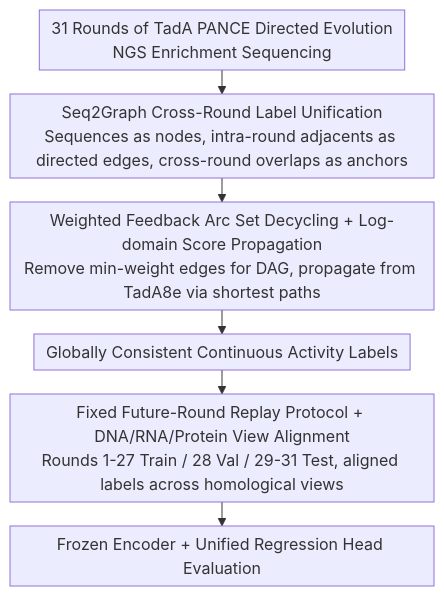
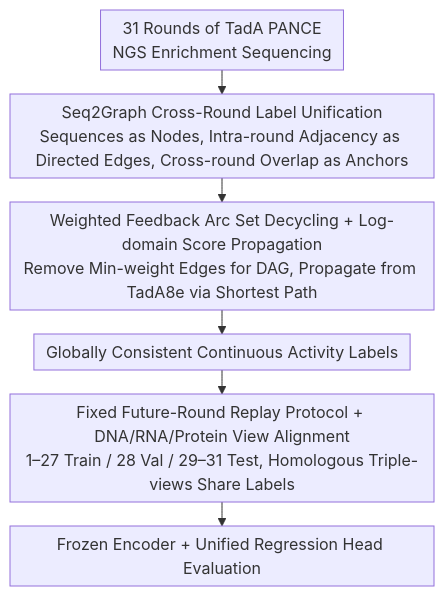
One commit to zhaoyang97/Paper-Notes-en changed the diagram in docs/ICML2026/computational_biology/tada-bench_a_million-variant_benchmark_for_future-round_discovery_toward_agentic.md. Above: the diagram before and after it, drawn with Mermaid. The commit also changed other lines of this file and 5084 other files, not shown here.

````diff
--- a/docs/ICML2026/computational_biology/tada-bench_a_million-variant_benchmark_for_future-round_discovery_toward_agentic.md
+++ b/docs/ICML2026/computational_biology/tada-bench_a_million-variant_benchmark_for_future-round_discovery_toward_agentic.md
@@ -46,10 +46,10 @@
 ```mermaid
 %%{init: {'flowchart': {'rankSpacing': 24, 'nodeSpacing': 28, 'padding': 6, 'wrappingWidth': 400}}}%%
 flowchart TD
-    A["31 Rounds of TadA PANCE Directed Evolution<br/>NGS Enrichment Sequencing"] --> B
-    B["Seq2Graph Cross-Round Label Unification<br/>Sequences as nodes, intra-round adjacents as directed edges, cross-round overlaps as anchors"] --> C
-    C["Weighted Feedback Arc Set Decycling + Log-domain Score Propagation<br/>Remove min-weight edges for DAG, propagate from TadA8e via shortest paths"] --> D
+    A["31 Rounds of TadA PANCE<br/>NGS Enrichment Sequencing"] --> B
+    B["Seq2Graph Cross-Round Label Unification<br/>Sequences as Nodes, Intra-round Adjacency as Directed Edges, Cross-round Overlap as Anchors"] --> C
+    C["Weighted Feedback Arc Set Decycling + Log-domain Score Propagation<br/>Remove Min-weight Edges for DAG, Propagate from TadA8e via Shortest Path"] --> D
     D["Globally Consistent Continuous Activity Labels"] --> E
-    E["Fixed Future-Round Replay Protocol + DNA/RNA/Protein View Alignment<br/>Rounds 1-27 Train / 28 Val / 29-31 Test, aligned labels across homological views"] --> F
+    E["Fixed Future-Round Replay Protocol + DNA/RNA/Protein View Alignment<br/>1–27 Train / 28 Val / 29–31 Test, Homologous Triple-views Share Labels"] --> F
     F["Frozen Encoder + Unified Regression Head Evaluation"]
 ```
````
